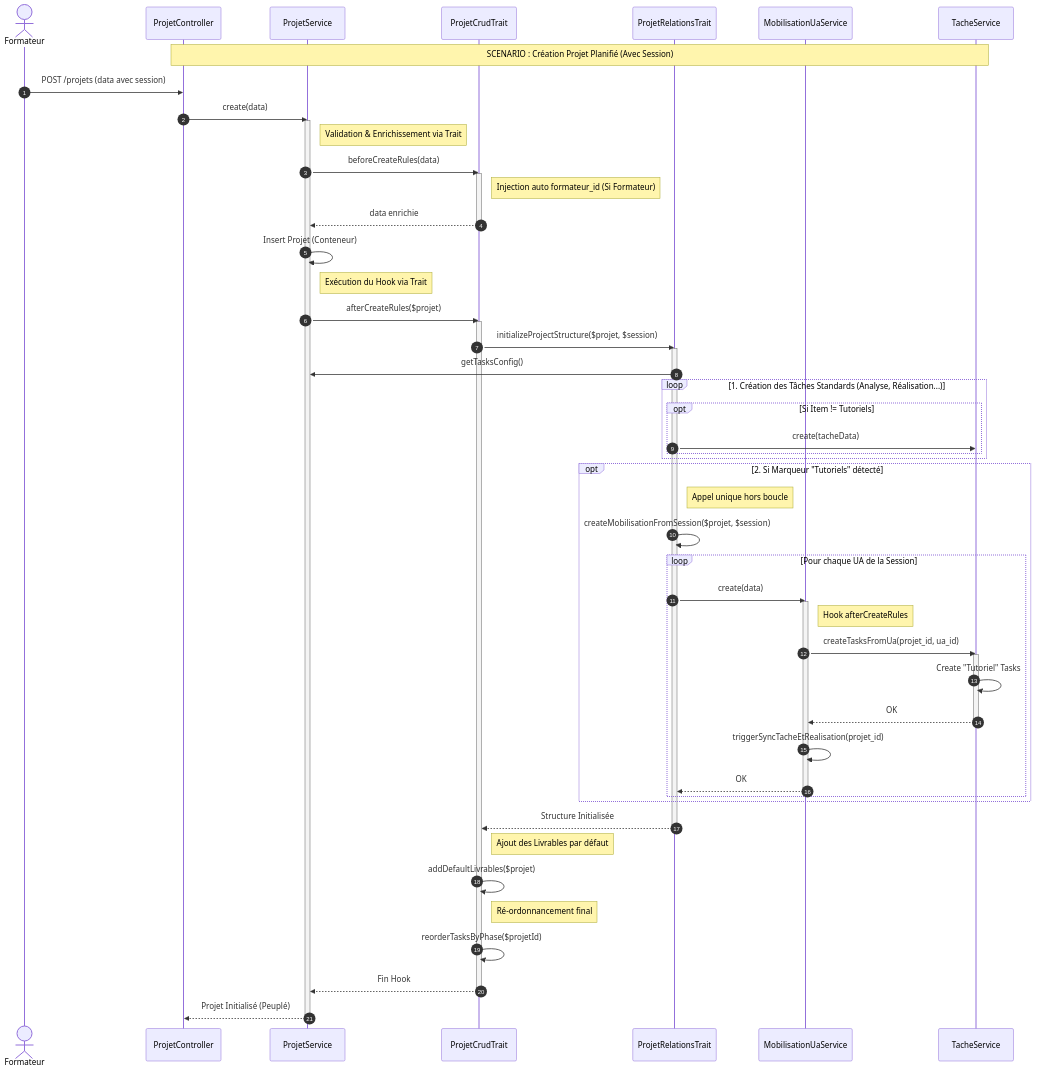
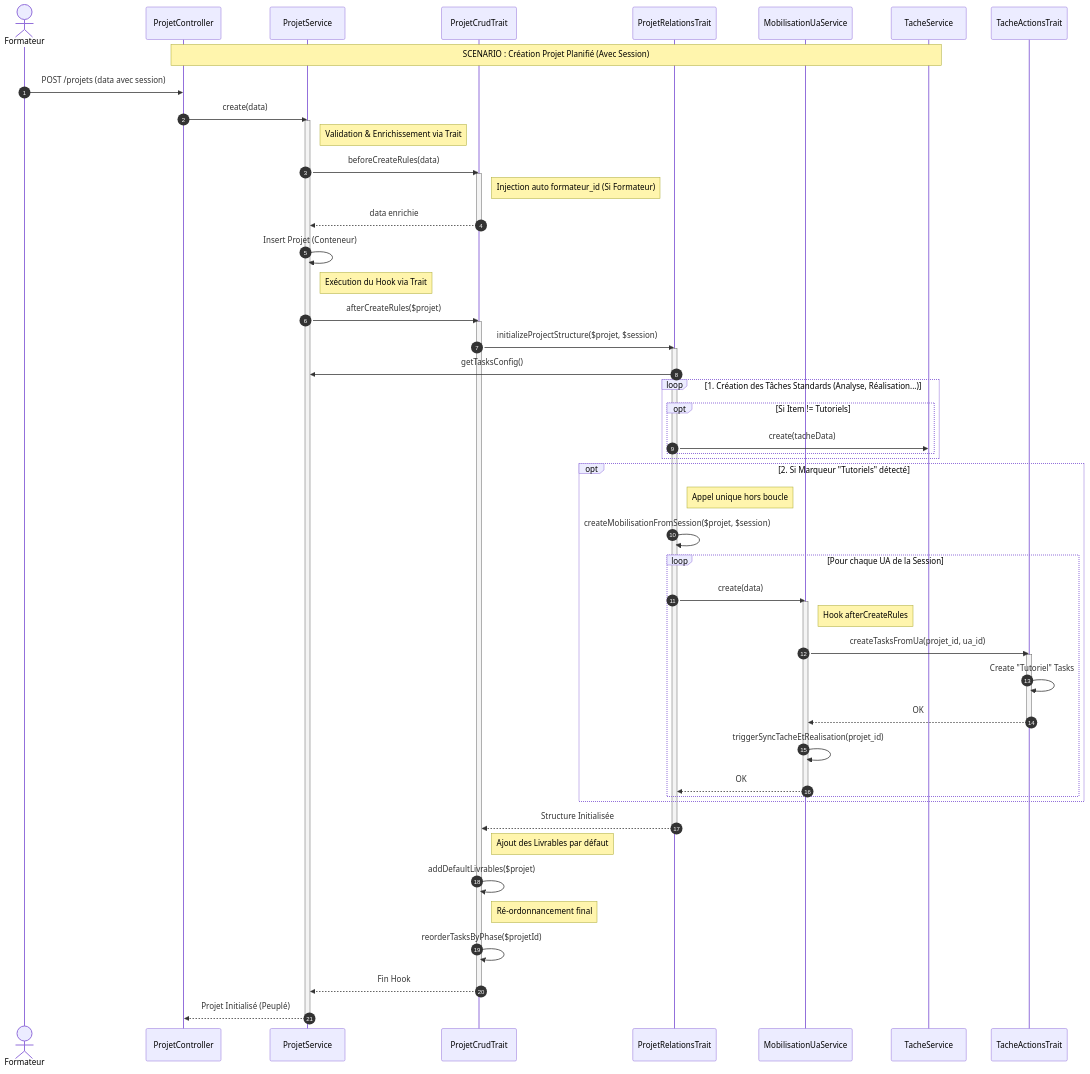
Before and after one commit to solicode-lms/app: the diagram in docs/1.conception/PkgCreationProjet/creation_projet/creation_projet_planifie_workflow.mmd, drawn with Mermaid. The commit also changed 9 other files, not shown here.

```diff
--- a/docs/1.conception/PkgCreationProjet/creation_projet/creation_projet_planifie_workflow.mmd
+++ b/docs/1.conception/PkgCreationProjet/creation_projet/creation_projet_planifie_workflow.mmd
@@ -1,72 +1,73 @@
 sequenceDiagram
     autonumber
     actor Formateur
     participant Ctrl as ProjetController
     participant PS as ProjetService
     participant PCT as ProjetCrudTrait
     participant PRT as ProjetRelationsTrait
     participant MS as MobilisationUaService
     participant TS as TacheService
+    participant TAT as TacheActionsTrait
 
     Note over Ctrl, TS: SCENARIO : Création Projet Planifié (Avec Session)
 
     Formateur->>Ctrl: POST /projets (data avec session)
     Ctrl->>PS: create(data)
     
     activate PS
     
     Note right of PS: Validation & Enrichissement via Trait
     PS->>PCT: beforeCreateRules(data)
     activate PCT
     Note right of PCT: Injection auto formateur_id (Si Formateur)
     PCT-->>PS: data enrichie
     deactivate PCT
 
     PS->>PS: Insert Projet (Conteneur)
     
     Note right of PS: Exécution du Hook via Trait
     PS->>PCT: afterCreateRules($projet)
     activate PCT
     
     PCT->>PRT: initializeProjectStructure($projet, $session)
     activate PRT
     PRT->>PS: getTasksConfig()
     
     loop 1. Création des Tâches Standards (Analyse, Réalisation...)
         opt Si Item != Tutoriels
              PRT->>TS: create(tacheData)
         end
     end
 
     opt 2. Si Marqueur "Tutoriels" détecté
         Note right of PRT: Appel unique hors boucle
         PRT->>PRT: createMobilisationFromSession($projet, $session)
         
         loop Pour chaque UA de la Session
             PRT->>MS: create(data)
             activate MS
             Note right of MS: Hook afterCreateRules
-            MS->>TS: createTasksFromUa(projet_id, ua_id)
-            activate TS
-            TS->>TS: Create "Tutoriel" Tasks
-            TS-->>MS: OK
-            deactivate TS
+            MS->>TAT: createTasksFromUa(projet_id, ua_id)
+            activate TAT
+            TAT->>TAT: Create "Tutoriel" Tasks
+            TAT-->>MS: OK
+            deactivate TAT
             MS->>MS: triggerSyncTacheEtRealisation(projet_id)
             MS-->>PRT: OK
             deactivate MS
         end
     end
     PRT-->>PCT: Structure Initialisée
     deactivate PRT
 
     Note right of PCT: Ajout des Livrables par défaut
     PCT->>PCT: addDefaultLivrables($projet)
 
     Note right of PCT: Ré-ordonnancement final
     PCT->>PCT: reorderTasksByPhase($projetId)
     
     PCT-->>PS: Fin Hook
     deactivate PCT
     
     PS-->>Ctrl: Projet Initialisé (Peuplé)
     deactivate PS
```
